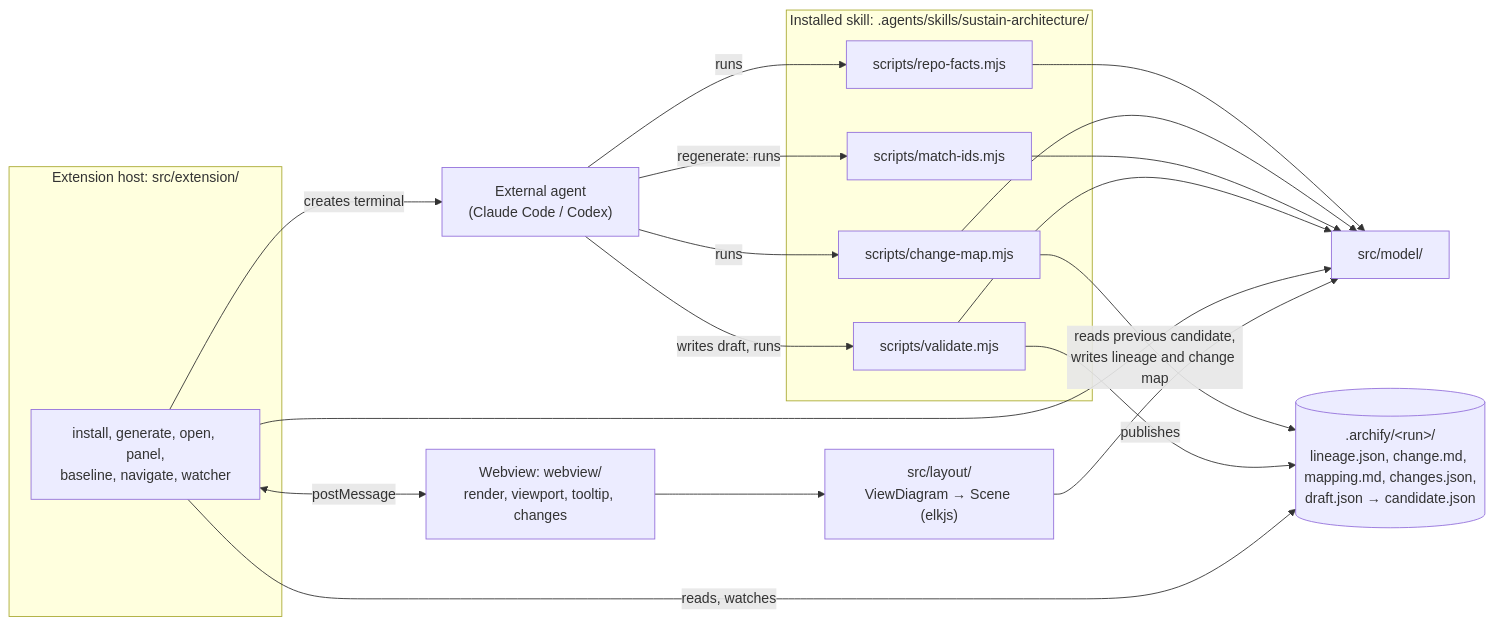
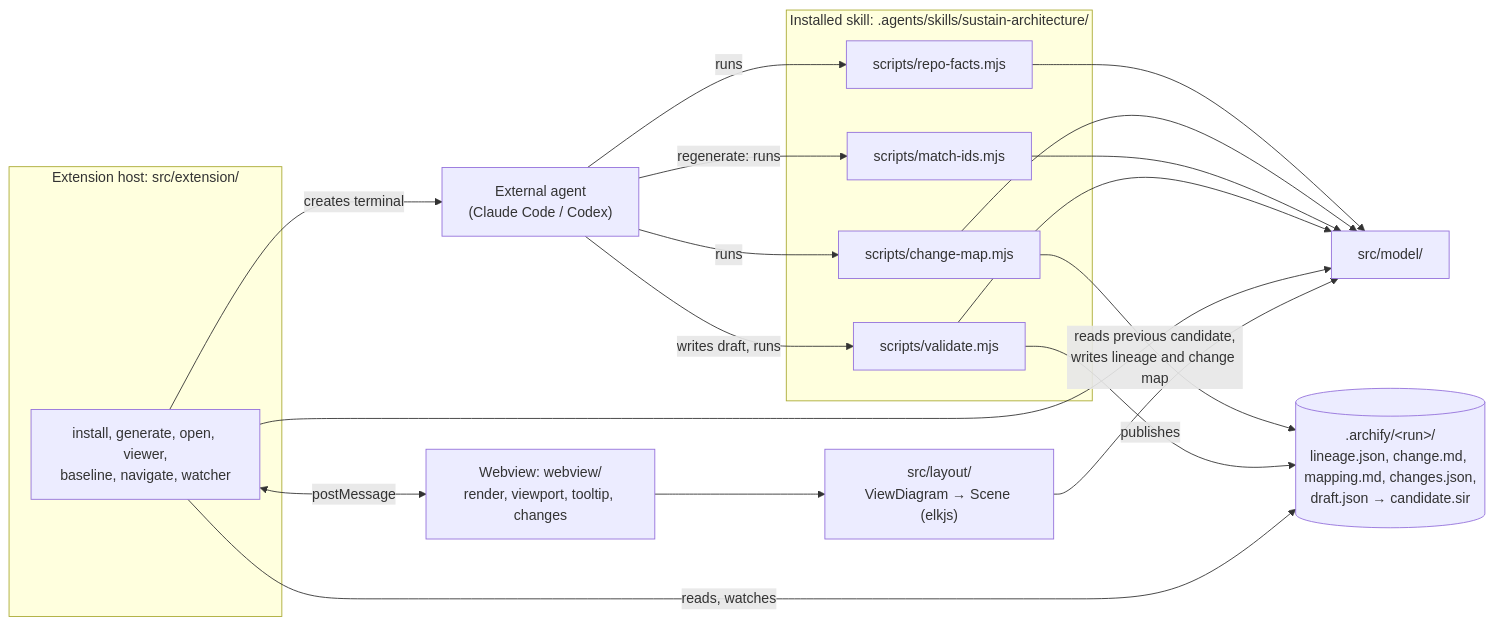
Before and after one commit to DennieDan/sustain: the first of 7 diagrams in docs/architecture.md, drawn with Mermaid. The commit also changed other lines of this file and 45 other files, not shown here.

First line of the commit message:
Open diagrams as .sir files in a custom editor (ADR 0033)

````diff
--- a/docs/architecture.md
+++ b/docs/architecture.md
@@ -7,34 +7,34 @@
 ```mermaid
 flowchart LR
   agent["External agent<br/>(Claude Code / Codex)"]
   subgraph skill["Installed skill: .agents/skills/sustain-architecture/"]
     rf["scripts/repo-facts.mjs"]
     cm["scripts/change-map.mjs"]
     mi["scripts/match-ids.mjs"]
     val["scripts/validate.mjs"]
   end
   subgraph ext["Extension host: src/extension/"]
-    host["install, generate, open, panel,<br/>baseline, navigate, watcher"]
+    host["install, generate, open, viewer,<br/>baseline, navigate, watcher"]
   end
   web["Webview: webview/<br/>render, viewport, tooltip, changes"]
   model["src/model/"]
   layout["src/layout/<br/>ViewDiagram → Scene (elkjs)"]
-  disk[(".archify/&lt;run&gt;/<br/>lineage.json, change.md, mapping.md, changes.json,<br/>draft.json → candidate.json")]
+  disk[(".archify/&lt;run&gt;/<br/>lineage.json, change.md, mapping.md, changes.json,<br/>draft.json → candidate.sir")]
 
   agent -- "runs" --> rf
   agent -- "runs" --> cm
   agent -- "regenerate: runs" --> mi
   agent -- "writes draft, runs" --> val
   rf --> model
   cm --> model
   mi --> model
   val --> model
   cm -- "reads previous candidate,<br/>writes lineage and change map" --> disk
   val -- "publishes" --> disk
   host --> model
   host <-- "postMessage" --> web
   web --> layout
   layout --> model
   host -- "reads, watches" --> disk
   host -- "creates terminal" --> agent
 ```
````
